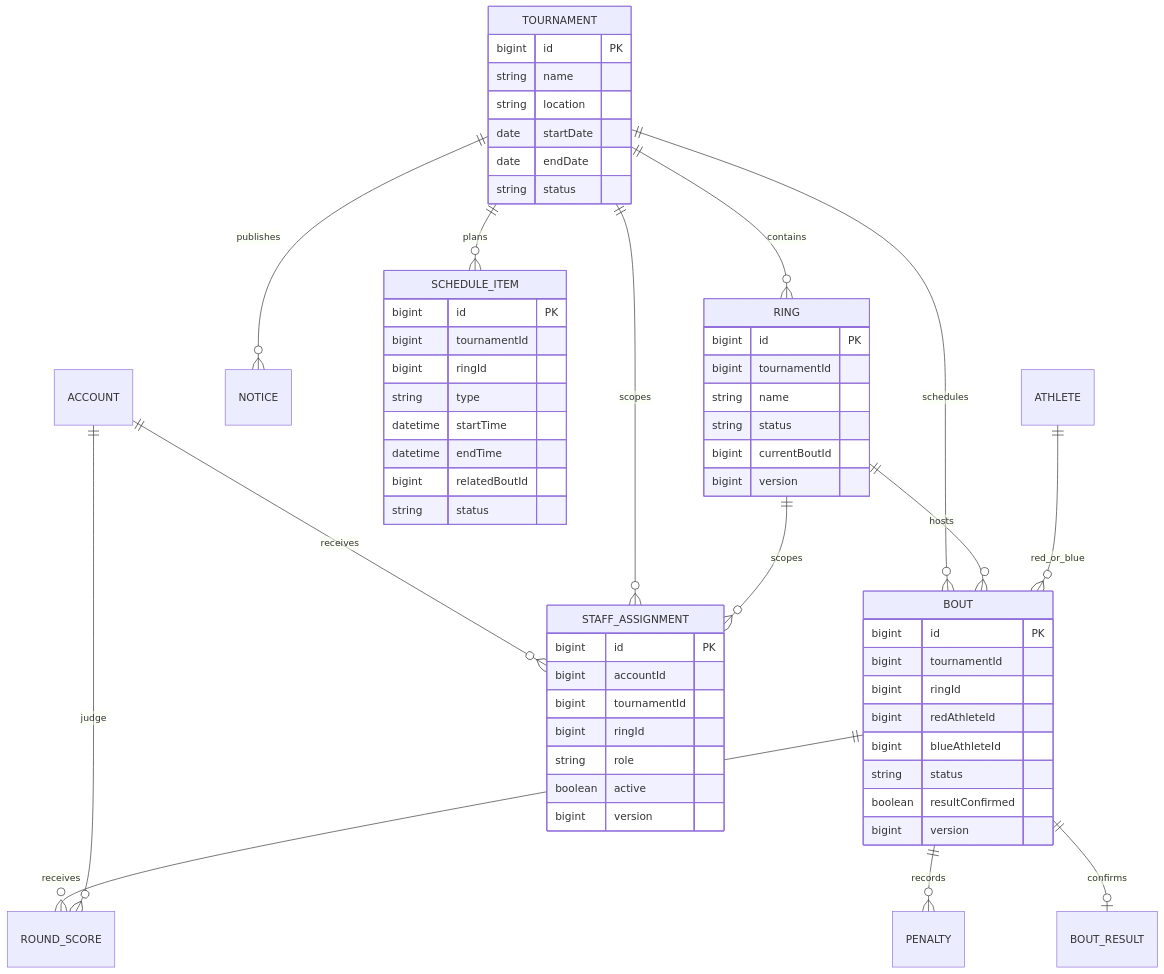
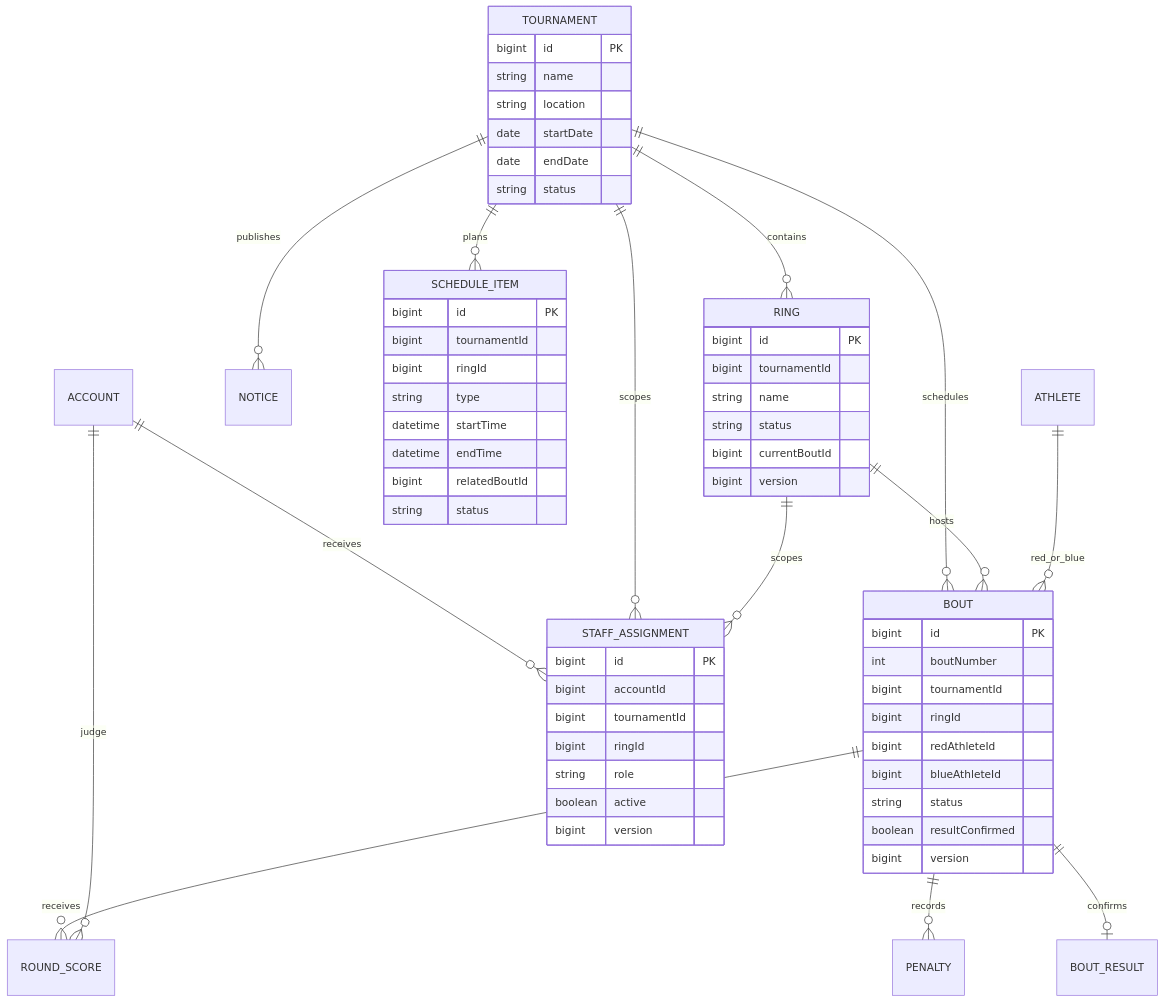
One commit to LeeDoGwan/boxing-bracket-service changed the third of 4 diagrams in docs/design.md. Above: the diagram before and after it, drawn with Mermaid. The commit also changed other lines of this file and 16 other files, not shown here.

````diff
--- a/docs/design.md
+++ b/docs/design.md
@@ -185,62 +185,63 @@
 ```mermaid
 erDiagram
     TOURNAMENT ||--o{ RING : contains
     TOURNAMENT ||--o{ BOUT : schedules
     TOURNAMENT ||--o{ NOTICE : publishes
     TOURNAMENT ||--o{ SCHEDULE_ITEM : plans
     RING ||--o{ BOUT : hosts
     BOUT ||--o{ ROUND_SCORE : receives
     BOUT ||--o{ PENALTY : records
     BOUT ||--o| BOUT_RESULT : confirms
     ATHLETE ||--o{ BOUT : red_or_blue
     ACCOUNT ||--o{ ROUND_SCORE : judge
     ACCOUNT ||--o{ STAFF_ASSIGNMENT : receives
     TOURNAMENT ||--o{ STAFF_ASSIGNMENT : scopes
     RING ||--o{ STAFF_ASSIGNMENT : scopes
 
     TOURNAMENT {
         bigint id PK
         string name
         string location
         date startDate
         date endDate
         string status
     }
     RING {
         bigint id PK
         bigint tournamentId
         string name
         string status
         bigint currentBoutId
         bigint version
     }
     BOUT {
         bigint id PK
+        int boutNumber
         bigint tournamentId
         bigint ringId
         bigint redAthleteId
         bigint blueAthleteId
         string status
         boolean resultConfirmed
         bigint version
     }
     SCHEDULE_ITEM {
         bigint id PK
         bigint tournamentId
         bigint ringId
         string type
         datetime startTime
         datetime endTime
         bigint relatedBoutId
         string status
     }
     STAFF_ASSIGNMENT {
         bigint id PK
         bigint accountId
         bigint tournamentId
         bigint ringId
         string role
         boolean active
         bigint version
     }
 ```
````
